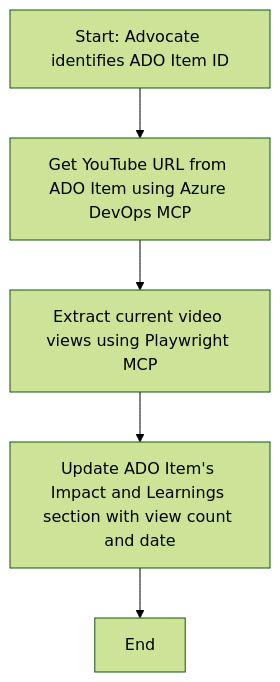
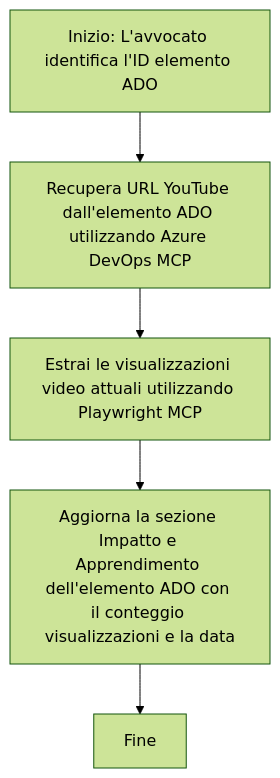
The diagram in translations/it/09-CaseStudy/UpdateADOItemsFromYT.md (Mu-L/mcp-for-beginners), drawn with Mermaid (forest theme) before and after one commit. The commit also changed other lines of this file and 110 other files, not shown here.

````diff
--- a/translations/it/09-CaseStudy/UpdateADOItemsFromYT.md
+++ b/translations/it/09-CaseStudy/UpdateADOItemsFromYT.md
@@ -39,7 +39,7 @@
 ```mermaid
 flowchart TD
-    A[Start: Advocate identifies ADO Item ID] --> B[Get YouTube URL from ADO Item using Azure DevOps MCP]
-    B --> C[Extract current video views using Playwright MCP]
-    C --> D[Update ADO Item's Impact and Learnings section with view count and date]
-    D --> E[End]
+    A[Inizio: L'avvocato identifica l'ID elemento ADO] --> B[Recupera URL YouTube dall'elemento ADO utilizzando Azure DevOps MCP]
+    B --> C[Estrai le visualizzazioni video attuali utilizzando Playwright MCP]
+    C --> D[Aggiorna la sezione Impatto e Apprendimento dell'elemento ADO con il conteggio visualizzazioni e la data]
+    D --> E[Fine]
 ```
````
